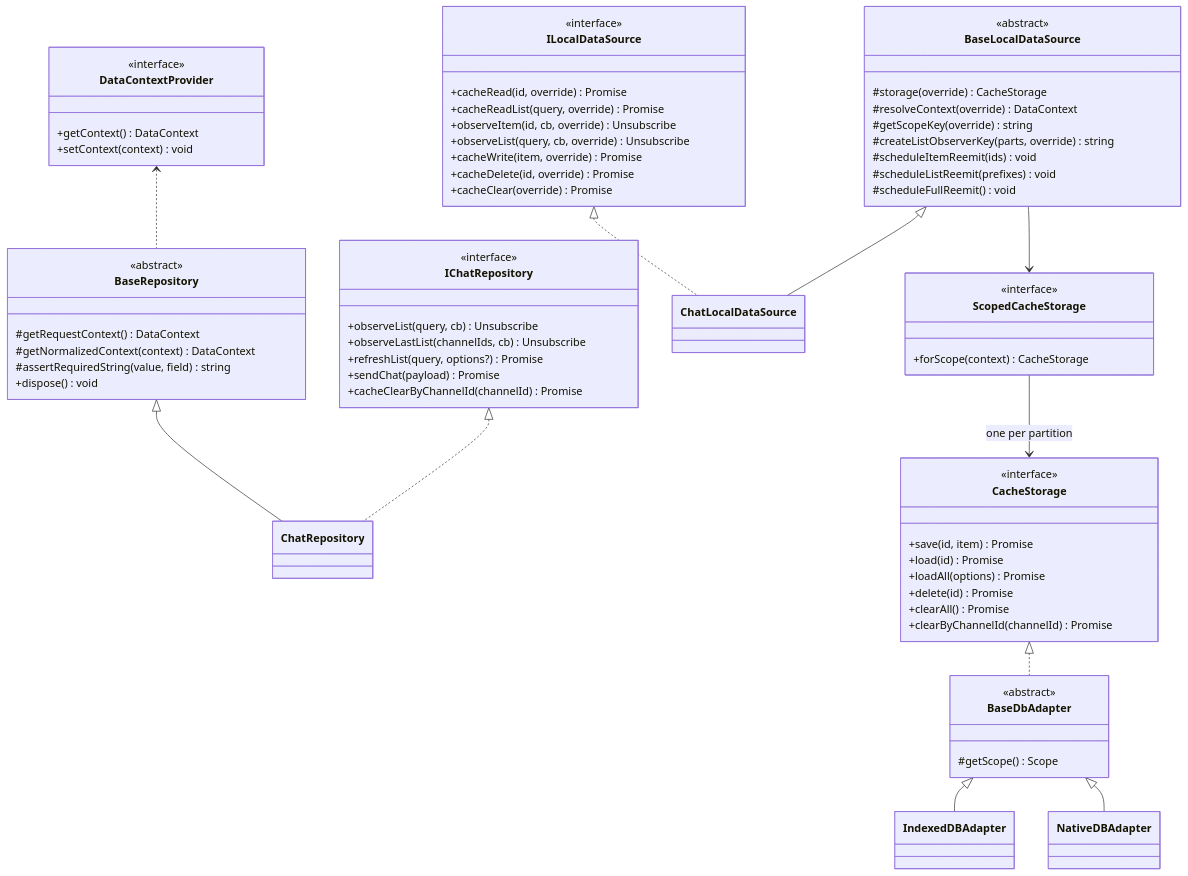
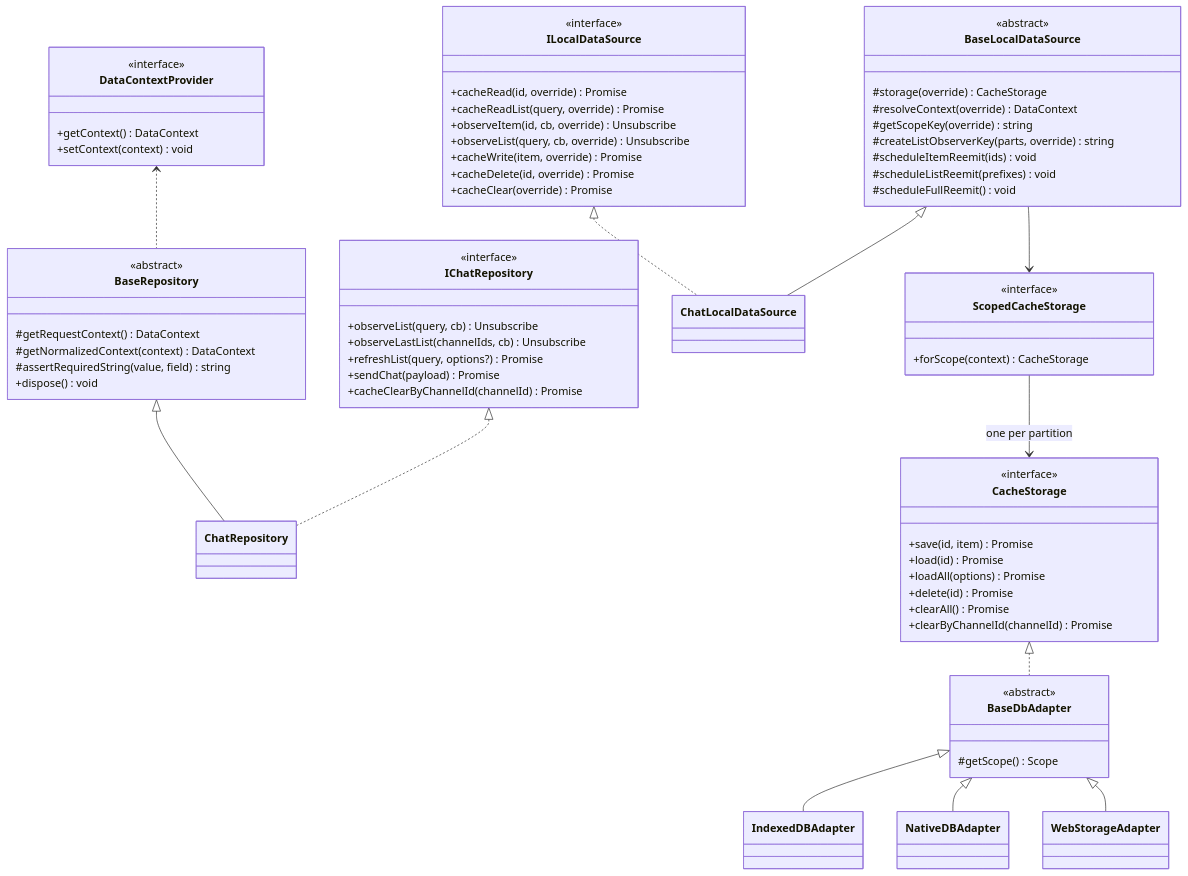
Before and after one commit to lemoncloud-io/dou-app: the diagram in libs/data/docs/repositories/README.md, drawn with Mermaid. The commit also changed other lines of this file and 19 other files, not shown here.

First line of the commit message:
fix(app-runtime,db,web): keep a browser tab's invited clouds in session storage (ADR-0275)

````diff
--- a/libs/data/docs/repositories/README.md
+++ b/libs/data/docs/repositories/README.md
@@ -154,8 +154,10 @@
     }
     class IndexedDBAdapter
     class NativeDBAdapter
+    class WebStorageAdapter
 
     CacheStorage <|.. BaseDbAdapter
     BaseDbAdapter <|-- IndexedDBAdapter
     BaseDbAdapter <|-- NativeDBAdapter
+    BaseDbAdapter <|-- WebStorageAdapter
 ```
````
